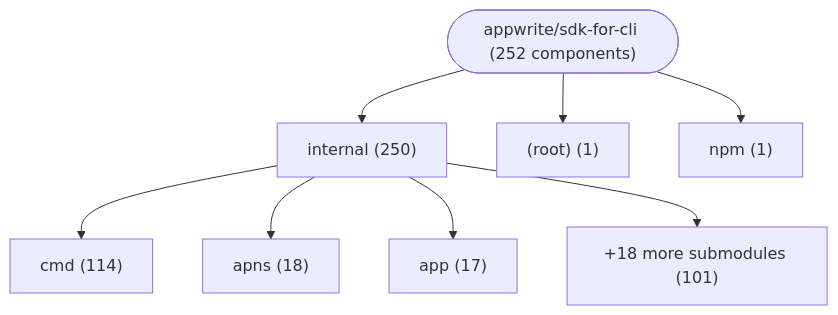
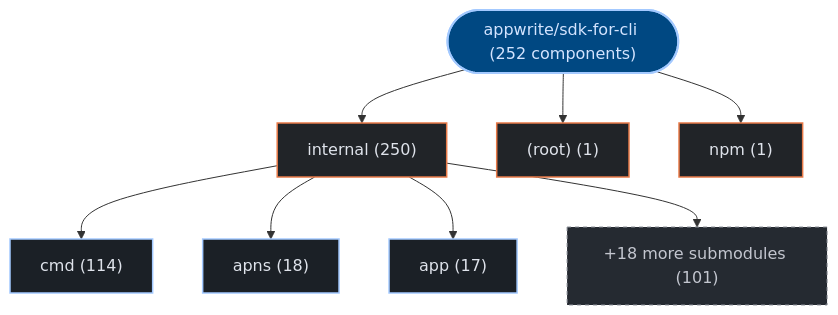
One commit to kumarshaz/atruss-code-atlas changed the first of 3 diagrams in exports/latest/reports/appwrite-sdk-for-cli-report.md. Above: the diagram before and after it, drawn with Mermaid. The commit also changed other lines of this file and 331 other files, not shown here.

Commit message:
docs,ui,fix: update SDLC docs, reorder CI/CD DAG first, stylize Mermaid, and fix Arc42 pipeline topology

````diff
--- a/exports/latest/reports/appwrite-sdk-for-cli-report.md
+++ b/exports/latest/reports/appwrite-sdk-for-cli-report.md
@@ -42,18 +42,25 @@
 ```mermaid
 graph TD;
-    repo_root(["appwrite/sdk-for-cli (252 components)"])
-    dir_0_internal["internal (250)"]
+  classDef atlasRoot fill:#004882,stroke:#a3c9ff,stroke-width:2px,color:#d3e4ff
+  classDef atlasCategory fill:#212428,stroke:#E87A48,stroke-width:1.5px,color:#dfe3eb
+  classDef atlasWorkflow fill:#1b2026,stroke:#a3c9ff,stroke-width:1.5px,color:#dfe3eb
+  classDef atlasJob fill:#171c22,stroke:#8d9199,stroke-width:1px,color:#dfe3eb
+  classDef atlasTarget fill:#005227,stroke:#8bd99b,stroke-width:1.5px,color:#a7f6b6
+  classDef atlasAlert fill:#93000a,stroke:#ffb4ab,stroke-width:1.5px,color:#ffdad6
+  classDef atlasMore fill:#252a31,stroke:#8d9199,stroke-dasharray:4 4,color:#c3c6cf
+    repo_root(["appwrite/sdk-for-cli (252 components)"]):::atlasRoot
+    dir_0_internal["internal (250)"]:::atlasCategory
     repo_root --> dir_0_internal
-    sub_0_0_cmd["cmd (114)"]
+    sub_0_0_cmd["cmd (114)"]:::atlasWorkflow
     dir_0_internal --> sub_0_0_cmd
-    sub_0_1_apns["apns (18)"]
+    sub_0_1_apns["apns (18)"]:::atlasWorkflow
     dir_0_internal --> sub_0_1_apns
-    sub_0_2_app["app (17)"]
+    sub_0_2_app["app (17)"]:::atlasWorkflow
     dir_0_internal --> sub_0_2_app
-    sub_0_more["+18 more submodules (101)"]
+    sub_0_more["+18 more submodules (101)"]:::atlasMore
     dir_0_internal --> sub_0_more
-    dir_1__root_["(root) (1)"]
+    dir_1__root_["(root) (1)"]:::atlasCategory
     repo_root --> dir_1__root_
-    dir_2_npm["npm (1)"]
+    dir_2_npm["npm (1)"]:::atlasCategory
     repo_root --> dir_2_npm
 ```
````
